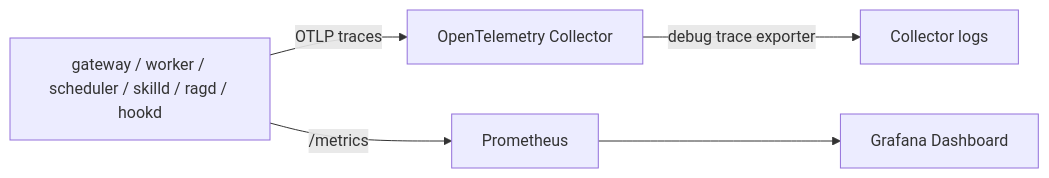
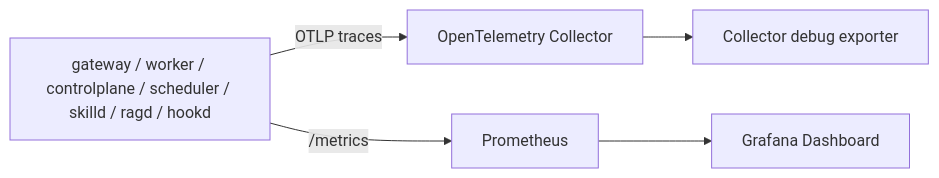
Before and after one commit to wzhnbsixsixsix/AI-Agent-Cloud-Runtime: the fifth of 6 diagrams in docs/ARCHITECTURE.md, drawn with Mermaid. The commit also changed other lines of this file and 12 other files, not shown here.

````diff
--- a/docs/ARCHITECTURE.md
+++ b/docs/ARCHITECTURE.md
@@ -82,7 +127,7 @@
 ```mermaid
 flowchart LR
-  Services[gateway / worker / scheduler / skilld / ragd / hookd] -->|OTLP traces| OTel[OpenTelemetry Collector]
-  Services -->|/metrics| Prom[Prometheus]
-  OTel -->|debug trace exporter| CollectorLog[Collector logs]
-  Prom --> Grafana[Grafana Dashboard]
+  Services["gateway / worker / controlplane / scheduler / skilld / ragd / hookd"] -->|"OTLP traces"| OTel["OpenTelemetry Collector"]
+  Services -->|"/metrics"| Prom["Prometheus"]
+  OTel --> Logs["Collector debug exporter"]
+  Prom --> Grafana["Grafana Dashboard"]
 ```
````
